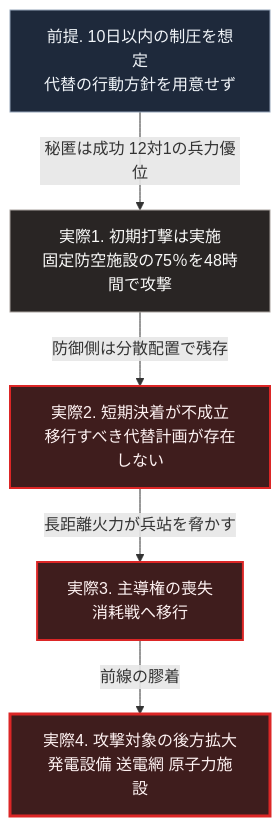
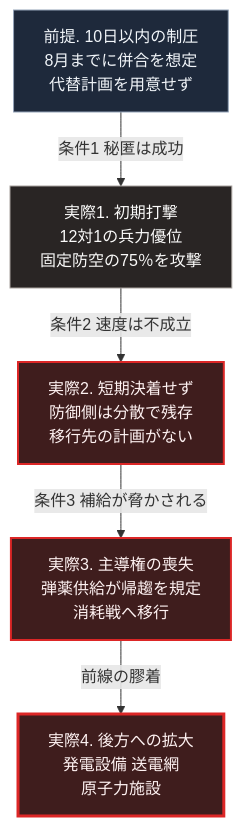
One commit to Takenori-Kusaka/zenn-content changed the diagram in books/sovereign-resilience-blueprint/report-ukraine-war.md. Above: the diagram before and after it, drawn with Mermaid. The commit also changed other lines of this file and 114 other files, not shown here.

````diff
--- a/books/sovereign-resilience-blueprint/report-ukraine-war.md
+++ b/books/sovereign-resilience-blueprint/report-ukraine-war.md
@@ -73,14 +73,14 @@
 ```mermaid
 flowchart TD
-    A[前提. 10日以内の制圧を想定<br>代替の行動方針を用意せず]
-    A -->|秘匿は成功 12対1の兵力優位| B[実際1. 初期打撃は実施<br>固定防空施設の75％を48時間で攻撃]
-    B -->|防御側は分散配置で残存| C[実際2. 短期決着が不成立<br>移行すべき代替計画が存在しない]
-    C -->|長距離火力が兵站を脅かす| D[実際3. 主導権の喪失<br>消耗戦へ移行]
-    D -->|前線の膠着| E[実際4. 攻撃対象の後方拡大<br>発電設備 送電網 原子力施設]
+    A[前提. 10日以内の制圧<br>8月までに併合を想定<br>代替計画を用意せず]
+    A -->|条件1 秘匿は成功| B[実際1. 初期打撃<br>12対1の兵力優位<br>固定防空の75％を攻撃]
+    B -->|条件2 速度は不成立| C[実際2. 短期決着せず<br>防御側は分散で残存<br>移行先の計画がない]
+    C -->|条件3 補給が脅かされる| D[実際3. 主導権の喪失<br>弾薬供給が帰趨を規定<br>消耗戦へ移行]
+    D -->|前線の膠着| E[実際4. 後方への拡大<br>発電設備 送電網<br>原子力施設]
 
     style A fill:#1e293b,stroke:#94a3b8,color:#f1f5f9
     style B fill:#292524,stroke:#a8a29e,color:#fafaf9
     style C fill:#3f1d1d,stroke:#dc2626,stroke-width:2px,color:#fef2f2
     style D fill:#3f1d1d,stroke:#dc2626,stroke-width:2px,color:#fef2f2
     style E fill:#3f1d1d,stroke:#dc2626,stroke-width:3px,color:#fef2f2
 ```
````
